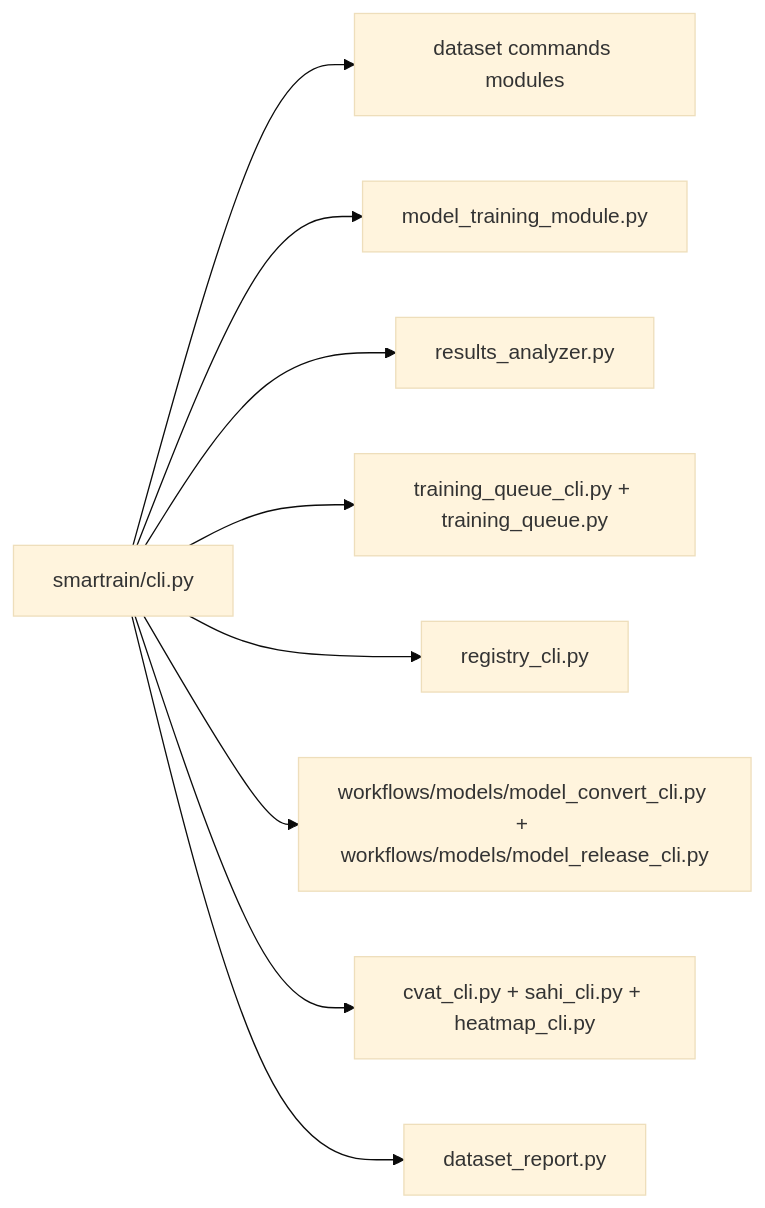
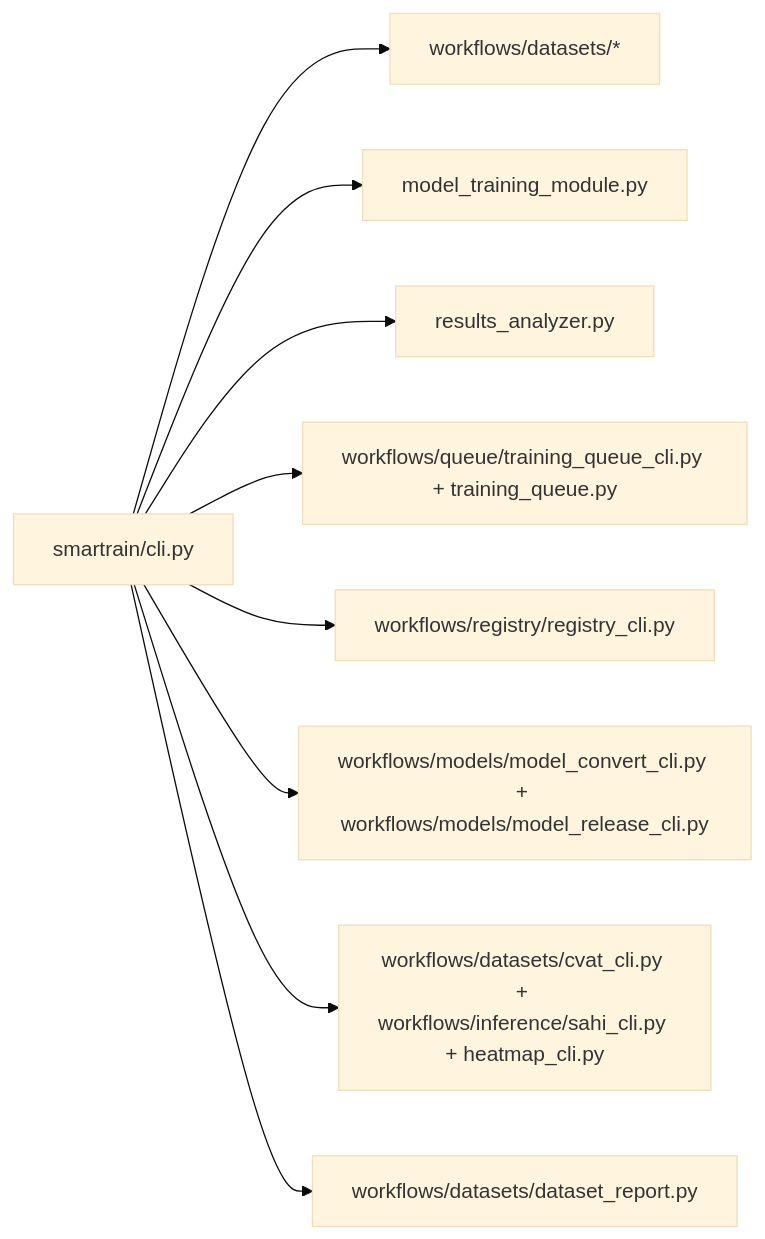
The diagram in docs/reference/api.md (aicommunity/SmarTrain), drawn with Mermaid (base theme) before and after one commit. The commit also changed other lines of this file and 33 other files, not shown here.

````diff
--- a/docs/reference/api.md
+++ b/docs/reference/api.md
@@ -62,12 +62,12 @@
 ```mermaid
 flowchart LR
     cliRouter["smartrain/cli.py"]
-    cliRouter --> datasetsBlock["dataset commands modules"]
+    cliRouter --> datasetsBlock["workflows/datasets/*"]
     cliRouter --> trainBlock["model_training_module.py"]
     cliRouter --> analyzeBlock["results_analyzer.py"]
-    cliRouter --> queueBlock["training_queue_cli.py + training_queue.py"]
-    cliRouter --> registryBlock["registry_cli.py"]
+    cliRouter --> queueBlock["workflows/queue/training_queue_cli.py + training_queue.py"]
+    cliRouter --> registryBlock["workflows/registry/registry_cli.py"]
     cliRouter --> modelBlock["workflows/models/model_convert_cli.py + workflows/models/model_release_cli.py"]
-    cliRouter --> ioBlock["cvat_cli.py + sahi_cli.py + heatmap_cli.py"]
-    cliRouter --> reportBlock["dataset_report.py"]
+    cliRouter --> ioBlock["workflows/datasets/cvat_cli.py + workflows/inference/sahi_cli.py + heatmap_cli.py"]
+    cliRouter --> reportBlock["workflows/datasets/dataset_report.py"]
 ```
````
